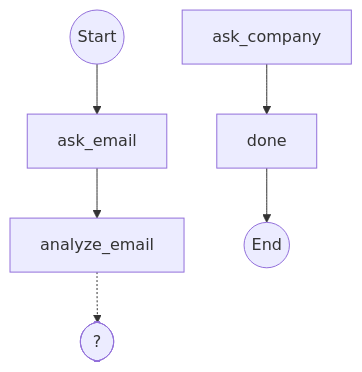
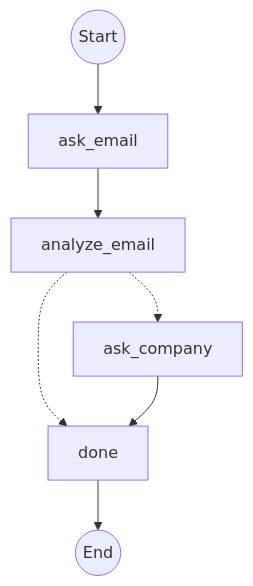
Before and after one commit to WaniWani-AI/sdk: the diagram in docs/flows/edges.mdx, drawn with Mermaid. The commit also changed other lines of this file and 13 other files, not shown here.

First line of the commit message:
fix(flows): declare conditional edge targets explicitly (WAN-425)

````diff
--- a/docs/flows/edges.mdx
+++ b/docs/flows/edges.mdx
@@ -134,14 +142,15 @@
 ```mermaid
 flowchart TD
   __start__((Start))
   ask_email[ask_email]
   analyze_email[analyze_email]
   ask_company[ask_company]
   done[done]
   __end__((End))
   __start__ --> ask_email
   ask_email --> analyze_email
-  analyze_email -.-> analyze_email_branch([?])
+  analyze_email -.-> done
+  analyze_email -.-> ask_company
   ask_company --> done
   done --> __end__
 ```
````
